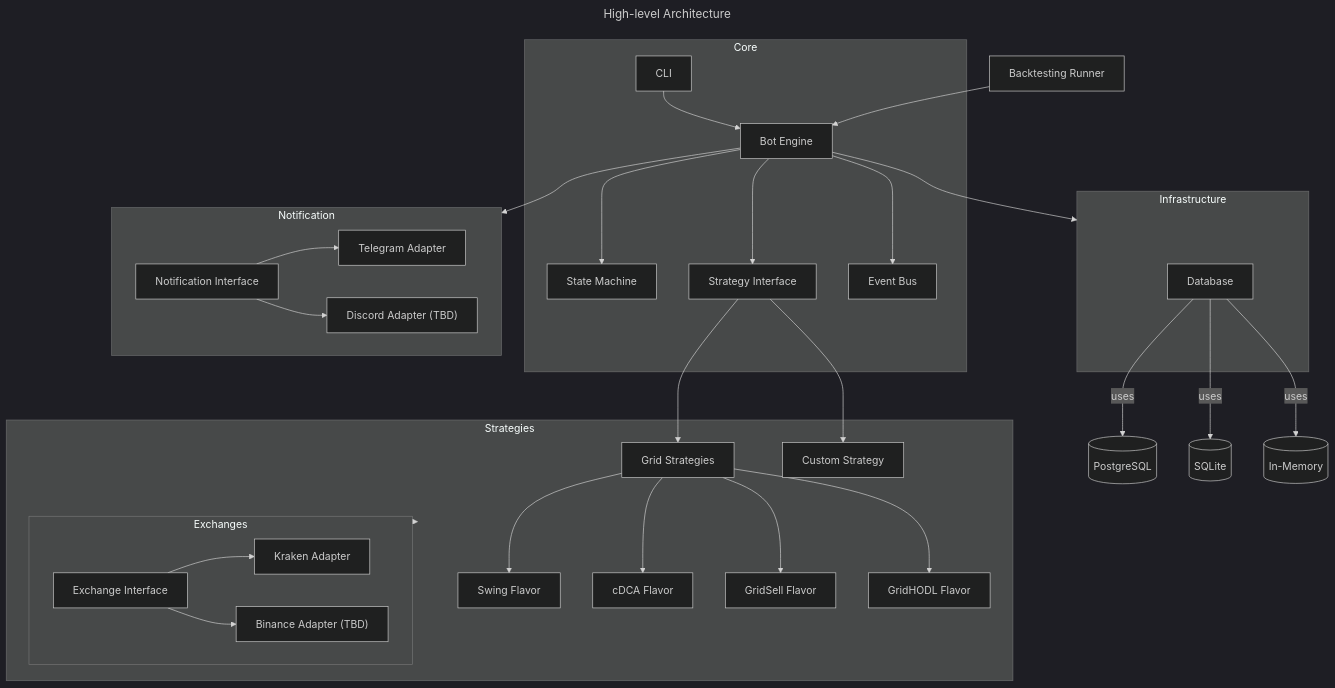
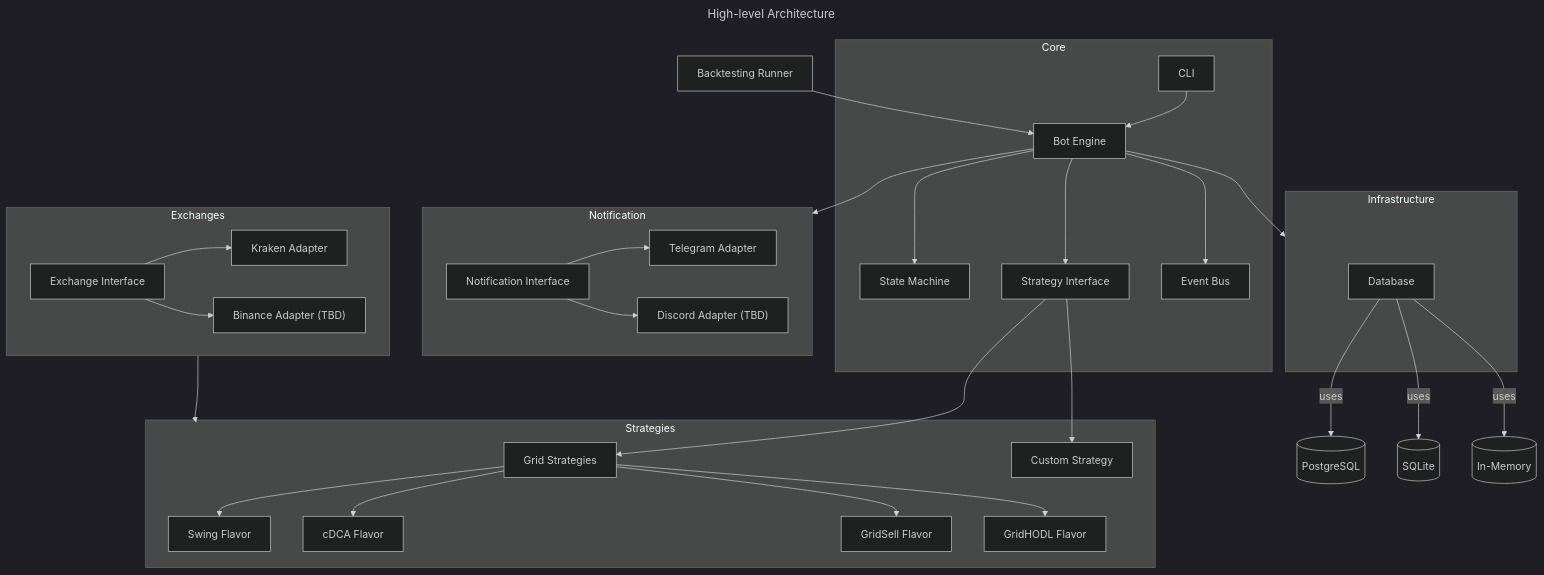
The diagram in doc/architecture.md (btschwertfeger/kraken-infinity-grid), drawn with Mermaid before and after one commit. The commit also changed 16 other files, not shown here.

````diff
--- a/doc/architecture.md
+++ b/doc/architecture.md
@@ -72,69 +72,70 @@
 ```mermaid
 ---
 title: High-level Architecture
 ---
 
 %%{init: {'theme':'dark'}}%%
 graph TD
   subgraph Core
     CLI[CLI]
     BE[Bot Engine]
     SM[State Machine]
     STRIF[Strategy Interface]
     EB[Event Bus]
   end
 
   subgraph Infrastructure
     DB[Database]
   end
 
   BTR[Backtesting Runner]
 
   subgraph Notification
     NOTIF[Notification Interface]
     TGM[Telegram Adapter]
     DISC["Discord Adapter (TBD)"]
   end
 
   subgraph Strategies
     GRID[Grid Strategies]
     EVENT[Custom Strategy]
     SWING[Swing Flavor]
     CDCA[cDCA Flavor]
     GRIDSELL[GridSell Flavor]
     GRIDHODL[GridHODL Flavor]
 
-    subgraph Exchanges
-      EXIF[Exchange Interface]
-      KRA[Kraken Adapter]
-      BIN["Binance Adapter (TBD)"]
-    end
+  end
+
+  subgraph Exchanges
+    EXIF[Exchange Interface]
+    KRA[Kraken Adapter]
+    BIN["Binance Adapter (TBD)"]
   end
 
 
   STRIF --> GRID
   STRIF --> EVENT
   GRID --> SWING
   GRID --> CDCA
   GRID --> GRIDSELL
   GRID --> GRIDHODL
 
   BE --> Notification
   CLI --> BE
   BTR --> BE
   BE --> SM
   BE --> STRIF
   BE --> Infrastructure
   BE --> EB
   DB -->|uses| POSTGRES[(PostgreSQL)]
   DB -->|uses| SQLITE[(SQLite)]
   DB -->|uses| MEMORY[(In-Memory)]
 
   Exchanges --> Strategies
 
   EXIF --> KRA
   EXIF --> BIN
   NOTIF --> TGM
   NOTIF --> DISC
 
 ```
````
